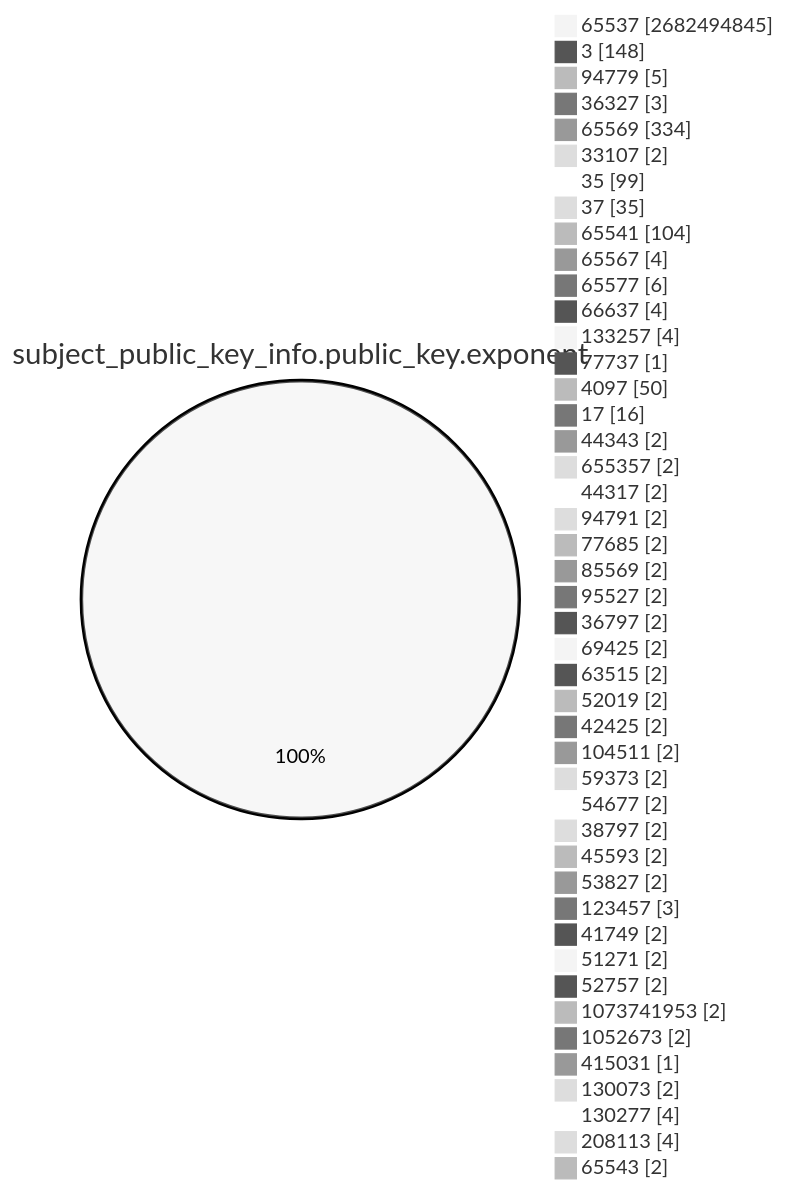
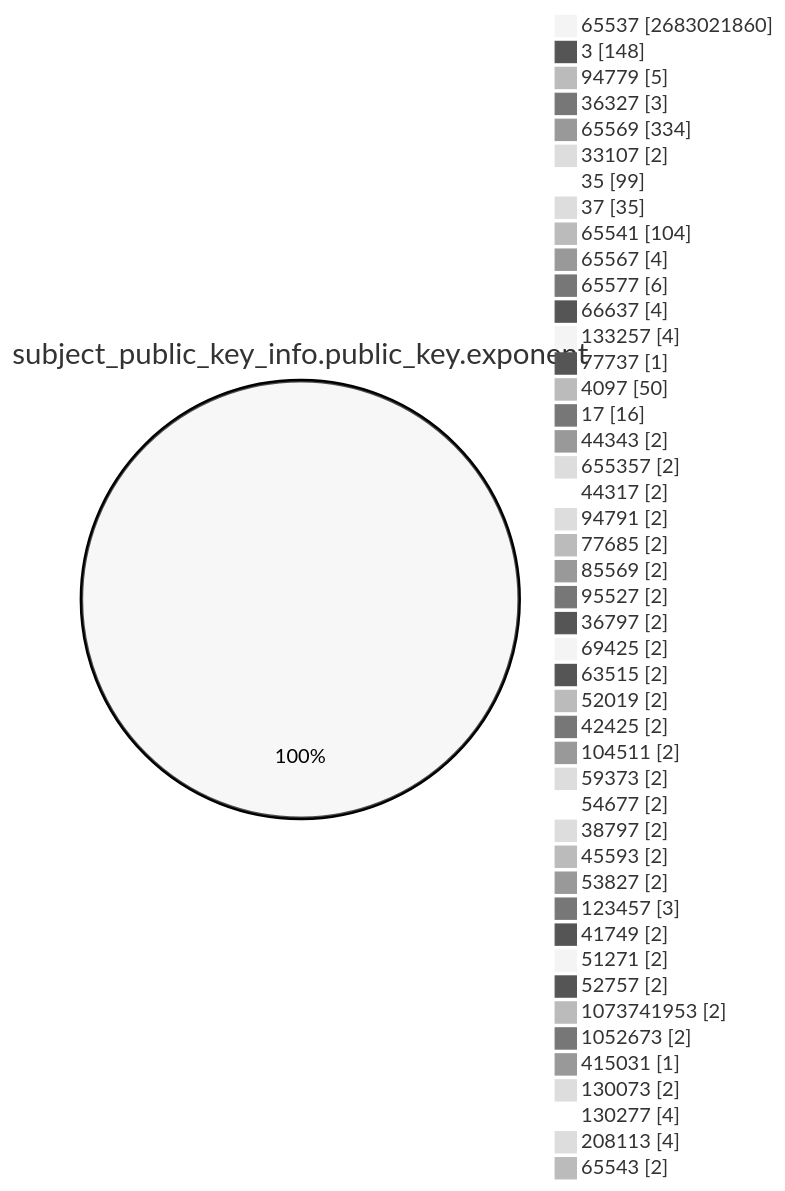
Before and after one commit to christiankrug/ctmonitor_visualization: the fourth of 15 diagrams in TOTAL/README.md, drawn with Mermaid (neutral theme). The commit also changed other lines of this file, not shown here.

````diff
--- a/TOTAL/README.md
+++ b/TOTAL/README.md
@@ -1467,49 +1467,49 @@
 ```mermaid
 pie showData
 title subject_public_key_info.public_key.exponent
-"65537" :2682494845
+"65537" :2683021860
 "3" :148
 "94779" :5
 "36327" :3
 "65569" :334
 "33107" :2
 "35" :99
 "37" :35
 "65541" :104
 "65567" :4
 "65577" :6
 "66637" :4
 "133257" :4
 "77737" :1
 "4097" :50
 "17" :16
 "44343" :2
 "655357" :2
 "44317" :2
 "94791" :2
 "77685" :2
 "85569" :2
 "95527" :2
 "36797" :2
 "69425" :2
 "63515" :2
 "52019" :2
 "42425" :2
 "104511" :2
 "59373" :2
 "54677" :2
 "38797" :2
 "45593" :2
 "53827" :2
 "123457" :3
 "41749" :2
 "51271" :2
 "52757" :2
 "1073741953" :2
 "1052673" :2
 "415031" :1
 "130073" :2
 "130277" :4
 "208113" :4
 "65543" :2
 ```
````
